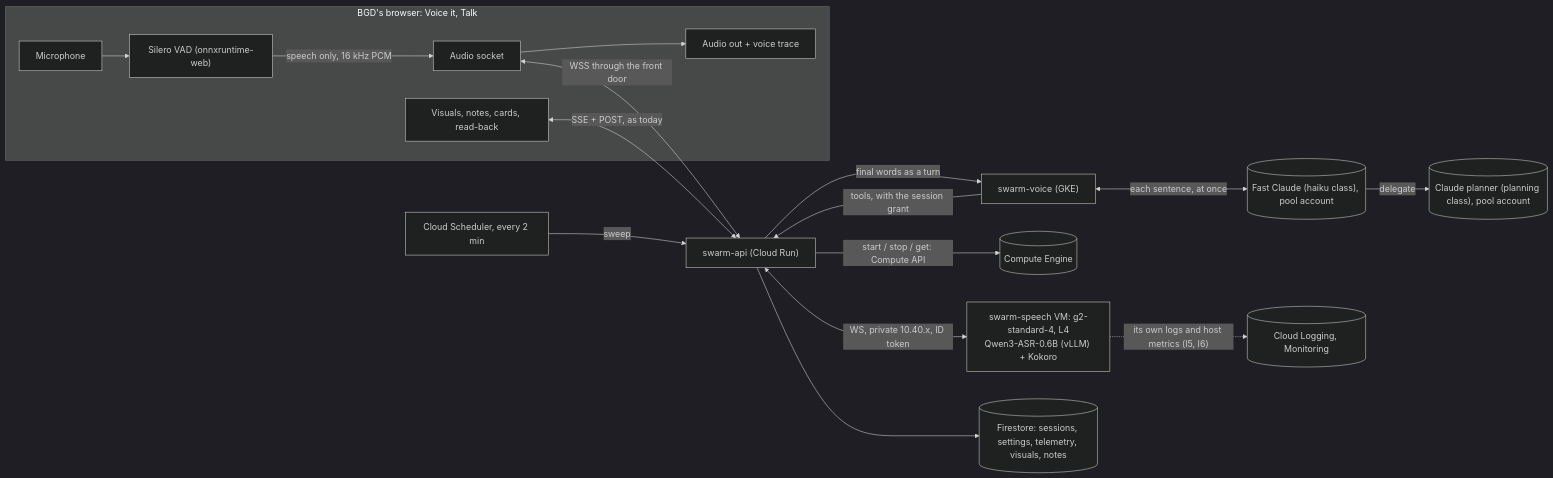
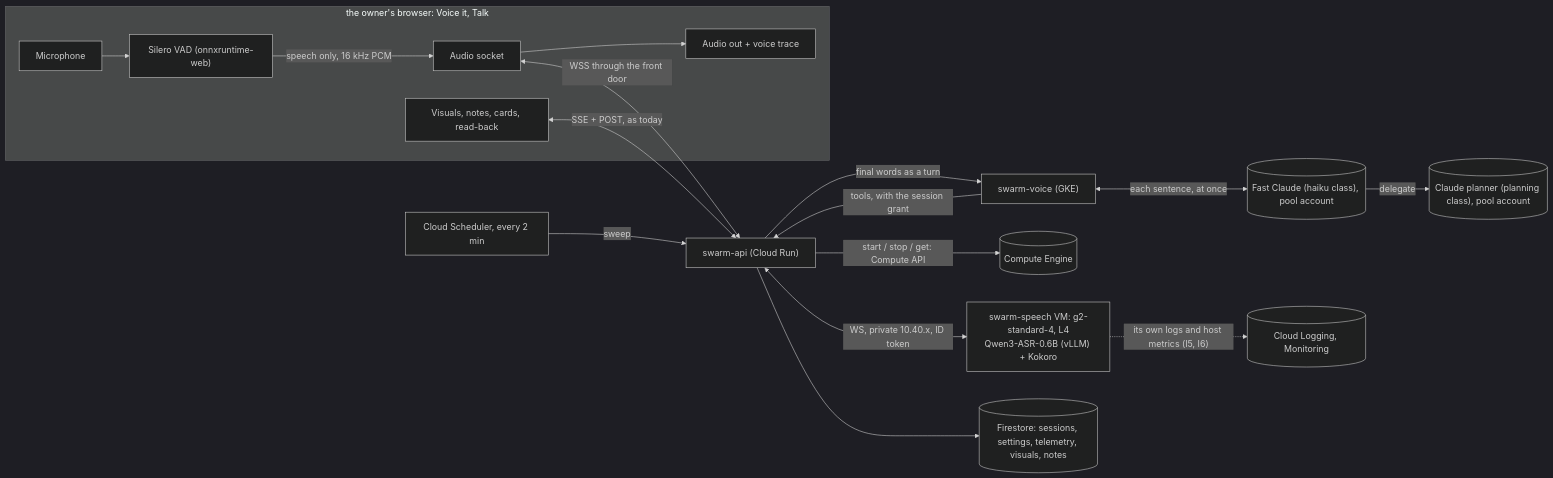
The diagram in docs/design/voice-it-own-speech.md (bogdan-alexandrescu/SwarmCloud), drawn with Mermaid (dark theme) before and after one commit. The commit also changed other lines of this file and 127 other files, not shown here.

````diff
--- a/docs/design/voice-it-own-speech.md
+++ b/docs/design/voice-it-own-speech.md
@@ -54,20 +54,20 @@
 ```mermaid
 flowchart LR
-  subgraph BR["BGD's browser: Voice it, Talk"]
+  subgraph BR["the owner's browser: Voice it, Talk"]
     MIC[Microphone] --> VAD["Silero VAD (onnxruntime-web)"]
     VAD -->|"speech only, 16 kHz PCM"| WS[Audio socket]
     WS --> PLAY["Audio out + voice trace"]
     UI["Visuals, notes, cards, read-back"]
   end
   WS <-->|"WSS through the front door"| API["swarm-api (Cloud Run)"]
   UI <-->|"SSE + POST, as today"| API
   API <-->|"WS, private 10.40.x, ID token"| SPK["swarm-speech VM: g2-standard-4, L4\nQwen3-ASR-0.6B (vLLM) + Kokoro"]
   API -->|"start / stop / get: Compute API"| GCE[(Compute Engine)]
   API -->|"final words as a turn"| VOICE["swarm-voice (GKE)"]
   VOICE <-->|"each sentence, at once"| FRONT[("Fast Claude (haiku class), pool account")]
   FRONT -->|"delegate"| PL[("Claude planner (planning class), pool account")]
   VOICE -->|"tools, with the session grant"| API
   API --> FS[("Firestore: sessions, settings, telemetry, visuals, notes")]
   SCH["Cloud Scheduler, every 2 min"] -->|"sweep"| API
   SPK -.->|"its own logs and host metrics (I5, I6)"| OPS[("Cloud Logging, Monitoring")]
 ```
````
